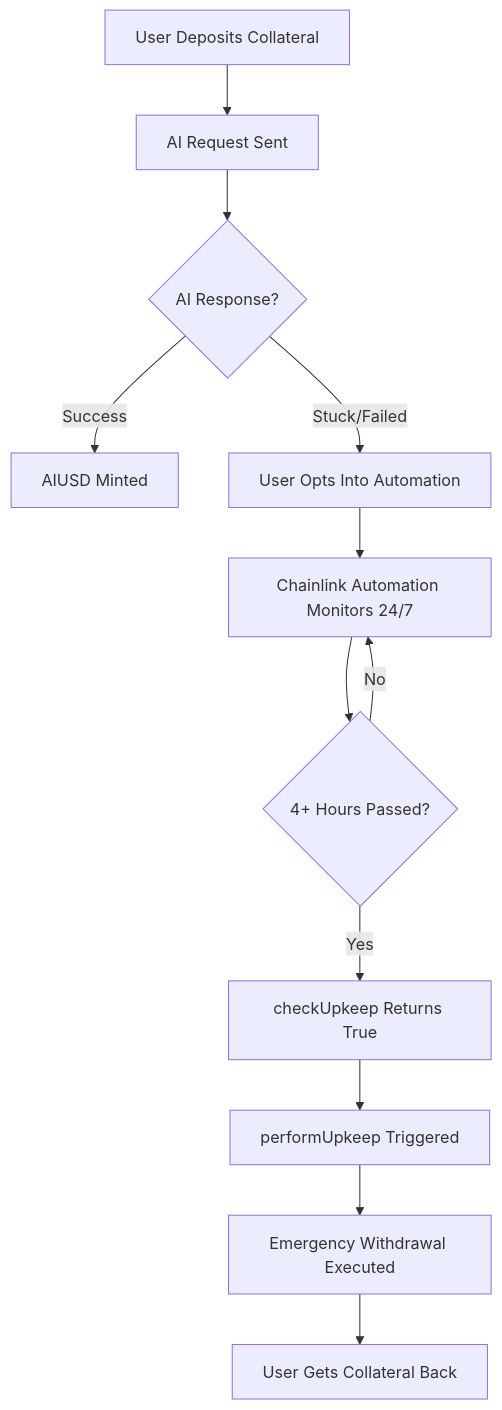
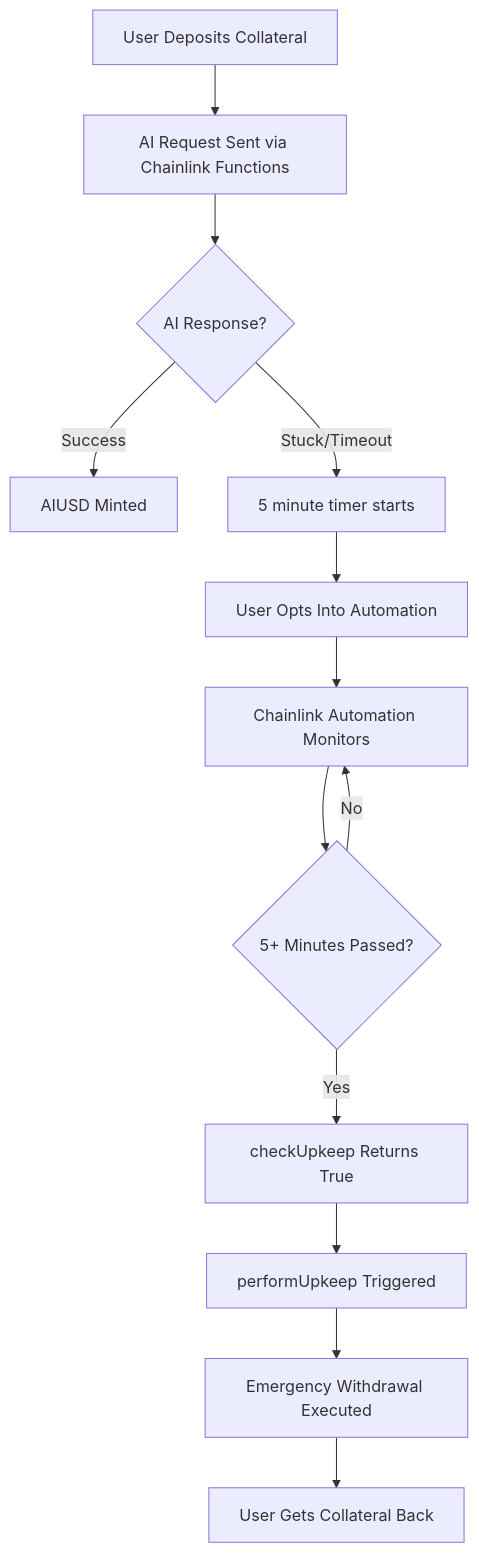
The diagram in docs/chainlink-automation-guide.md (VitalR/chainlink-ai-stablecoin-protocol), drawn with Mermaid before and after one commit. The commit also changed other lines of this file and 10 other files, not shown here.

Commit message:
🔗⚡feat: enhance Chainlink Automation emergency withdrawal with live Sepolia integration & optimized scripts

````diff
--- a/docs/chainlink-automation-guide.md
+++ b/docs/chainlink-automation-guide.md
@@ -50,14 +41,15 @@
 ```mermaid
 graph TD
-    A[User Deposits Collateral] --> B[AI Request Sent]
+    A[User Deposits Collateral] --> B[AI Request Sent via Chainlink Functions]
     B --> C{AI Response?}
     C -->|Success| D[AIUSD Minted]
-    C -->|Stuck/Failed| E[User Opts Into Automation]
-    E --> F[Chainlink Automation Monitors 24/7]
-    F --> G{4+ Hours Passed?}
-    G -->|No| F
-    G -->|Yes| H[checkUpkeep Returns True]
-    H --> I[performUpkeep Triggered]
-    I --> J[Emergency Withdrawal Executed]
-    J --> K[User Gets Collateral Back]
+    C -->|Stuck/Timeout| E[5 minute timer starts]
+    E --> F[User Opts Into Automation]
+    F --> G[Chainlink Automation Monitors]
+    G --> H{5+ Minutes Passed?}
+    H -->|No| G
+    H -->|Yes| I[checkUpkeep Returns True]
+    I --> J[performUpkeep Triggered]
+    J --> K[Emergency Withdrawal Executed]
+    K --> L[User Gets Collateral Back]
 ```
````
